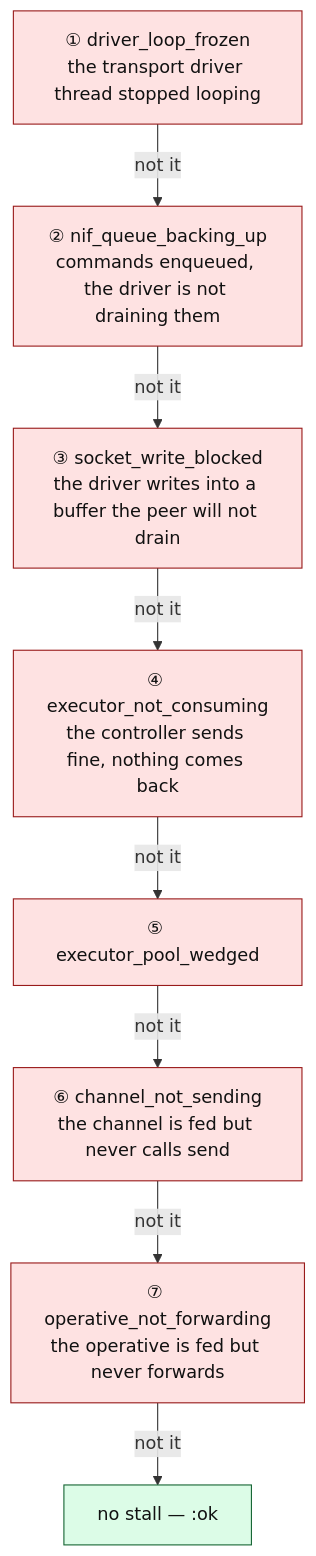
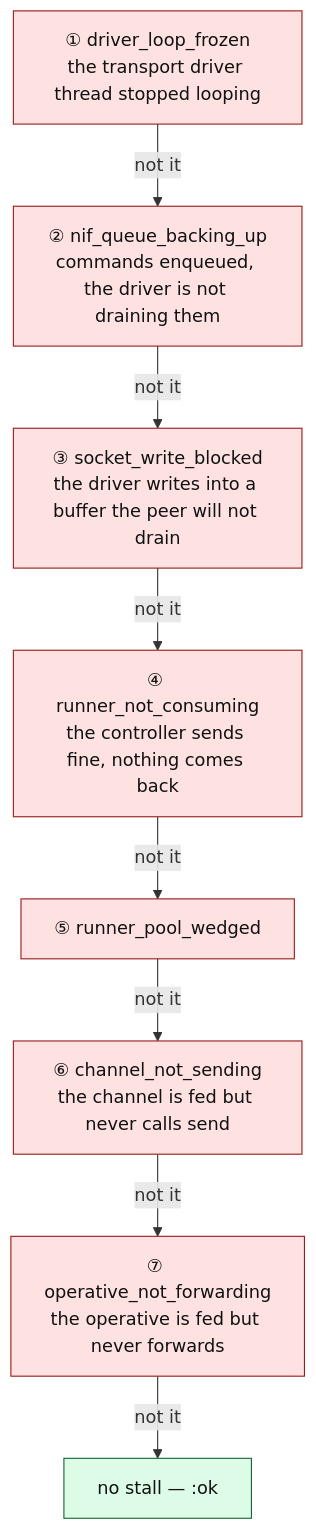
One commit to Flezha/flezha changed diagram 16 of 16 in docs/architecture/kernel.md. Above: the diagram before and after it, drawn with Mermaid. The commit also changed other lines of this file and 535 other files, not shown here.

````diff
--- a/docs/architecture/kernel.md
+++ b/docs/architecture/kernel.md
@@ -707,16 +707,16 @@
 ```mermaid
 flowchart TB
     V1["① driver_loop_frozen<br/>the transport driver thread stopped looping"]:::risk
     V2["② nif_queue_backing_up<br/>commands enqueued, the driver is not draining them"]:::risk
     V3["③ socket_write_blocked<br/>the driver writes into a buffer the peer will not drain"]:::risk
-    V4["④ executor_not_consuming<br/>the controller sends fine, nothing comes back"]:::risk
-    V5["⑤ executor_pool_wedged"]:::risk
+    V4["④ runner_not_consuming<br/>the controller sends fine, nothing comes back"]:::risk
+    V5["⑤ runner_pool_wedged"]:::risk
     V6["⑥ channel_not_sending<br/>the channel is fed but never calls send"]:::risk
     V7["⑦ operative_not_forwarding<br/>the operative is fed but never forwards"]:::risk
     OK["no stall — :ok"]:::prot
 
     V1 -->|"not it"| V2 -->|"not it"| V3 -->|"not it"| V4 -->|"not it"| V5 -->|"not it"| V6 -->|"not it"| V7 -->|"not it"| OK
 
     classDef risk fill:#fee2e2,stroke:#991b1b,color:#111
     classDef prot fill:#dcfce7,stroke:#166534,color:#111
 ```
````
